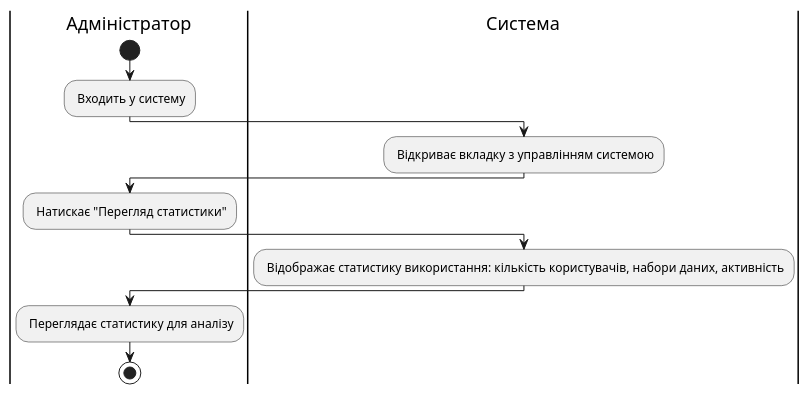
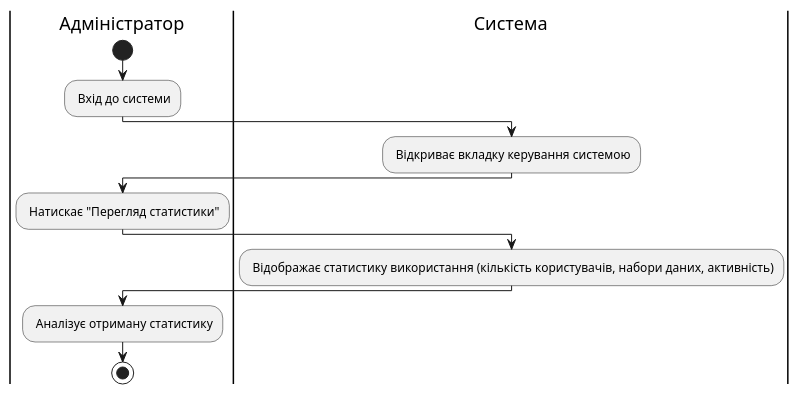
The tenth of 13 diagrams in docs/use cases/README.md (tyntyntynnnn/edu_db_labs), drawn with PlantUML before and after one commit. The commit also changed other lines of this file, not shown here.

Commit message:
diagrams

```diff
--- a/docs/use cases/README.md
+++ b/docs/use cases/README.md
@@ -459,21 +454,21 @@
 @startuml
 
-    |Адміністратор|
-    start;
-    : Входить у систему;
-    
-    |Система|
-    : Відкриває вкладку з управлінням системою;
-    
-    |Адміністратор|
-    : Натискає "Перегляд статистики";
-    
-    |Система|
-    : Відображає статистику використання: кількість користувачів, набори даних, активність;
-    
-    |Адміністратор|
-    : Переглядає статистику для аналізу;
-    
-    stop;
+|Адміністратор|
+start;
+: Вхід до системи;
+
+|Система|
+: Відкриває вкладку керування системою;
+
+|Адміністратор|
+: Натискає "Перегляд статистики";
+
+|Система|
+: Відображає статистику використання (кількість користувачів, набори даних, активність);
+
+|Адміністратор|
+: Аналізує отриману статистику;
+
+stop;
 
 @enduml
```
